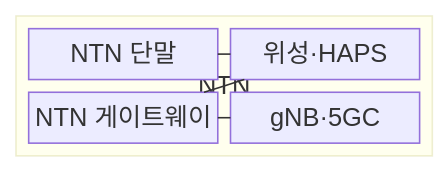
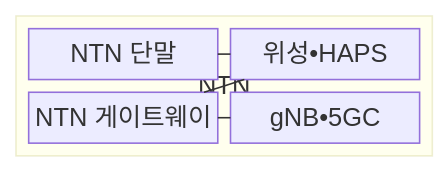
Before and after one commit to agnusdei1207/knowledge-base: the first of 2 diagrams in src/content/docs/notes/04-network/044_non_terrestrial_network.md, drawn with Mermaid. The commit also changed other lines of this file and 953 other files, not shown here.

````diff
--- a/src/content/docs/notes/04-network/044_non_terrestrial_network.md
+++ b/src/content/docs/notes/04-network/044_non_terrestrial_network.md
@@ -74,14 +74,14 @@
 ```mermaid
 block
     columns 1
     block:NETWORK["NTN"]
         columns 2
         UE["NTN 단말"]
-        SAT["위성·HAPS"]
+        SAT["위성•HAPS"]
         GW["NTN 게이트웨이"]
-        CORE["gNB·5GC"]
+        CORE["gNB•5GC"]
     end
     UE --- SAT
     SAT --- GW
     GW --- CORE
 ```
````
